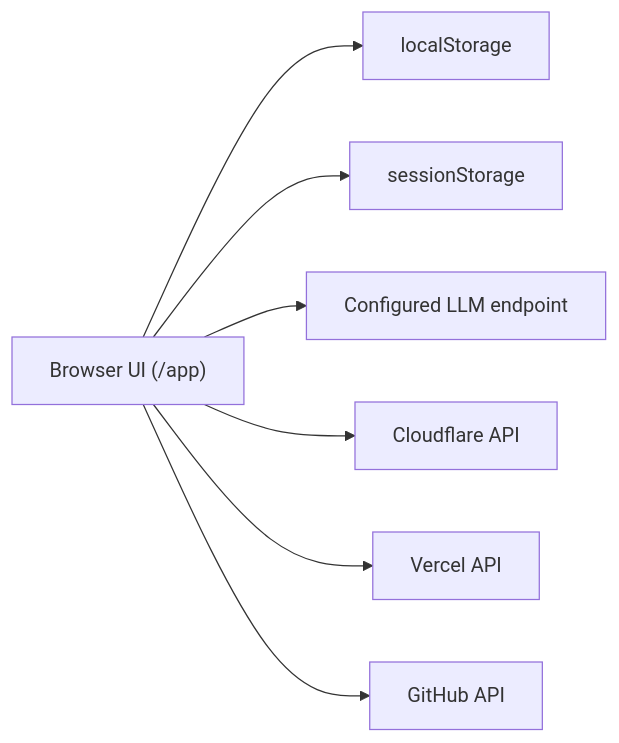
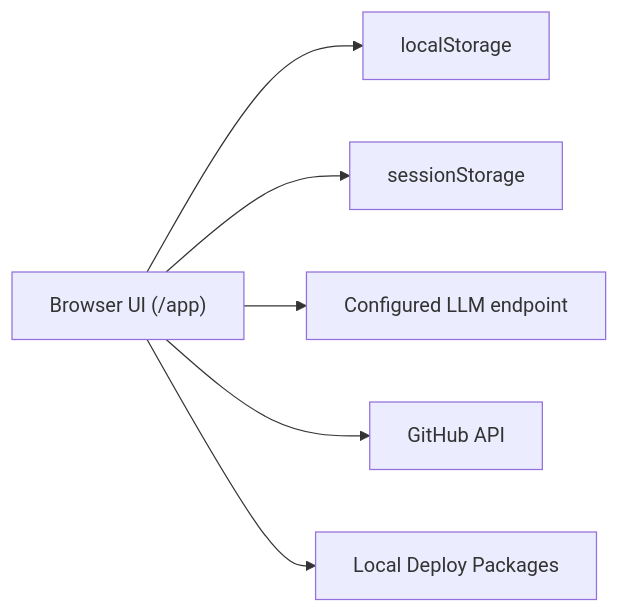
The diagram in docs/project-deep-dive.md (MercuriusDream/AkompANI), drawn with Mermaid before and after one commit. The commit also changed other lines of this file and 15 other files, not shown here.

````diff
--- a/docs/project-deep-dive.md
+++ b/docs/project-deep-dive.md
@@ -12,9 +12,8 @@
 ```mermaid
 flowchart LR
   UI["Browser UI (/app)"] --> LS["localStorage"]
   UI --> SS["sessionStorage"]
   UI --> LLM["Configured LLM endpoint"]
-  UI --> CF["Cloudflare API"]
-  UI --> VERCEL["Vercel API"]
   UI --> GH["GitHub API"]
+  UI --> PKG["Local Deploy Packages"]
 ```
````
